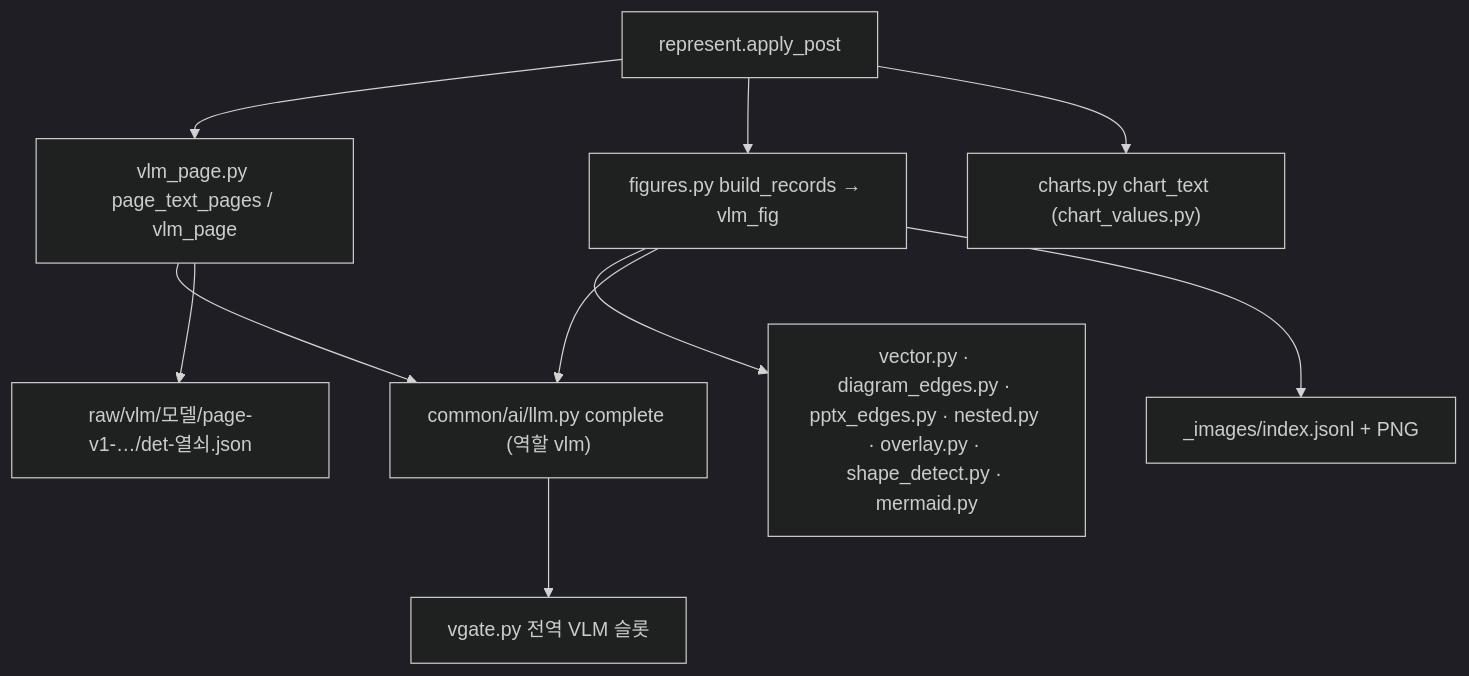
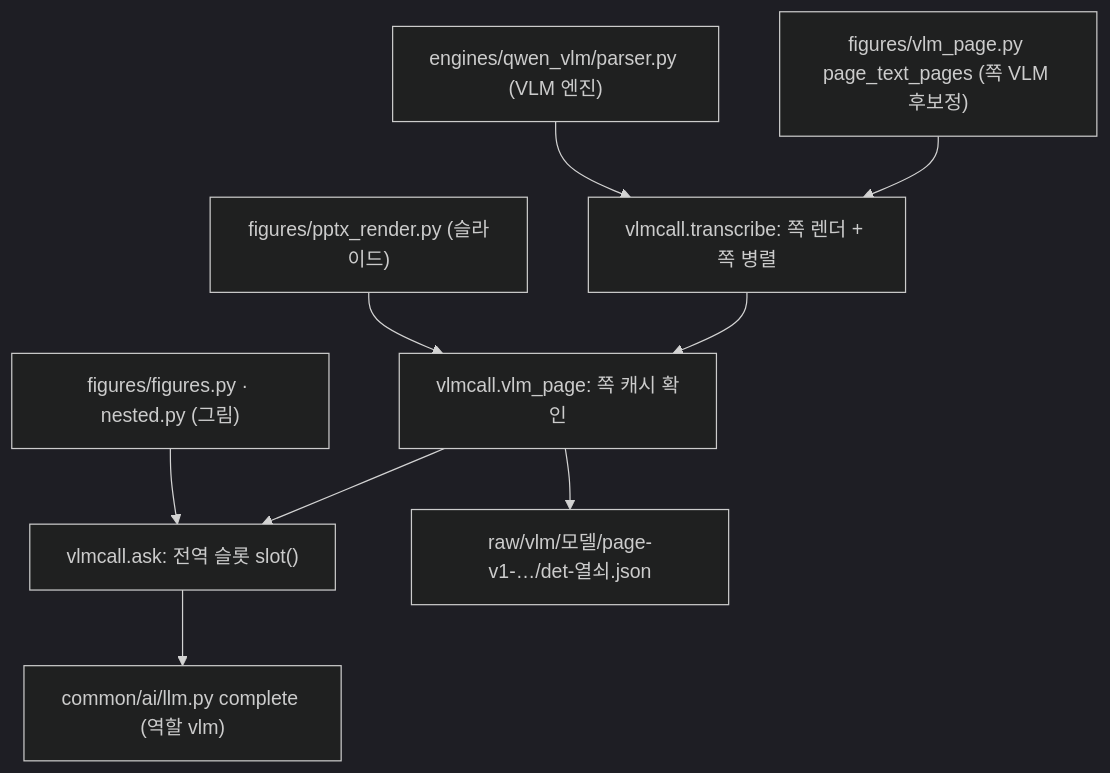
Before and after one commit to gigasamba/sbl_data_parsing: the sixth of 11 diagrams in docs/architecture/parse_flow.md, drawn with Mermaid (dark theme). The commit also changed other lines of this file, not shown here.

First line of the commit message:
docs: parse_flow.md describes the current VLM, settings and publish code

````diff
--- a/docs/architecture/parse_flow.md
+++ b/docs/architecture/parse_flow.md
@@ -192,19 +194,20 @@
 ```mermaid
 flowchart TD
-    AP["represent.apply_post"]
-    VP["vlm_page.py page_text_pages / vlm_page"]
-    FG["figures.py build_records → vlm_fig"]
-    CH["charts.py chart_text (chart_values.py)"]
-    SUB["vector.py · diagram_edges.py · pptx_edges.py · nested.py · overlay.py · shape_detect.py · mermaid.py"]
+    EN["engines/qwen_vlm/parser.py (VLM 엔진)"]
+    VP["figures/vlm_page.py page_text_pages (쪽 VLM 후보정)"]
+    PR["figures/pptx_render.py (슬라이드)"]
+    FG["figures/figures.py · nested.py (그림)"]
+    TR["vlmcall.transcribe: 쪽 렌더 + 쪽 병렬"]
+    PG["vlmcall.vlm_page: 쪽 캐시 확인"]
+    ASK["vlmcall.ask: 전역 슬롯 slot()"]
     LLM["common/ai/llm.py complete (역할 vlm)"]
-    GATE["vgate.py 전역 VLM 슬롯"]
     C1["raw/vlm/모델/page-v1-…/det-열쇠.json"]
-    C2["_images/index.jsonl + PNG"]
-    AP --> VP --> LLM
-    AP --> FG --> SUB
-    FG --> LLM
-    AP --> CH
-    LLM --> GATE
-    VP --> C1
-    FG --> C2
+    EN --> TR
+    VP --> TR
+    TR --> PG
+    PR --> PG
+    PG --> ASK
+    FG --> ASK
+    ASK --> LLM
+    PG --> C1
 ```
````
